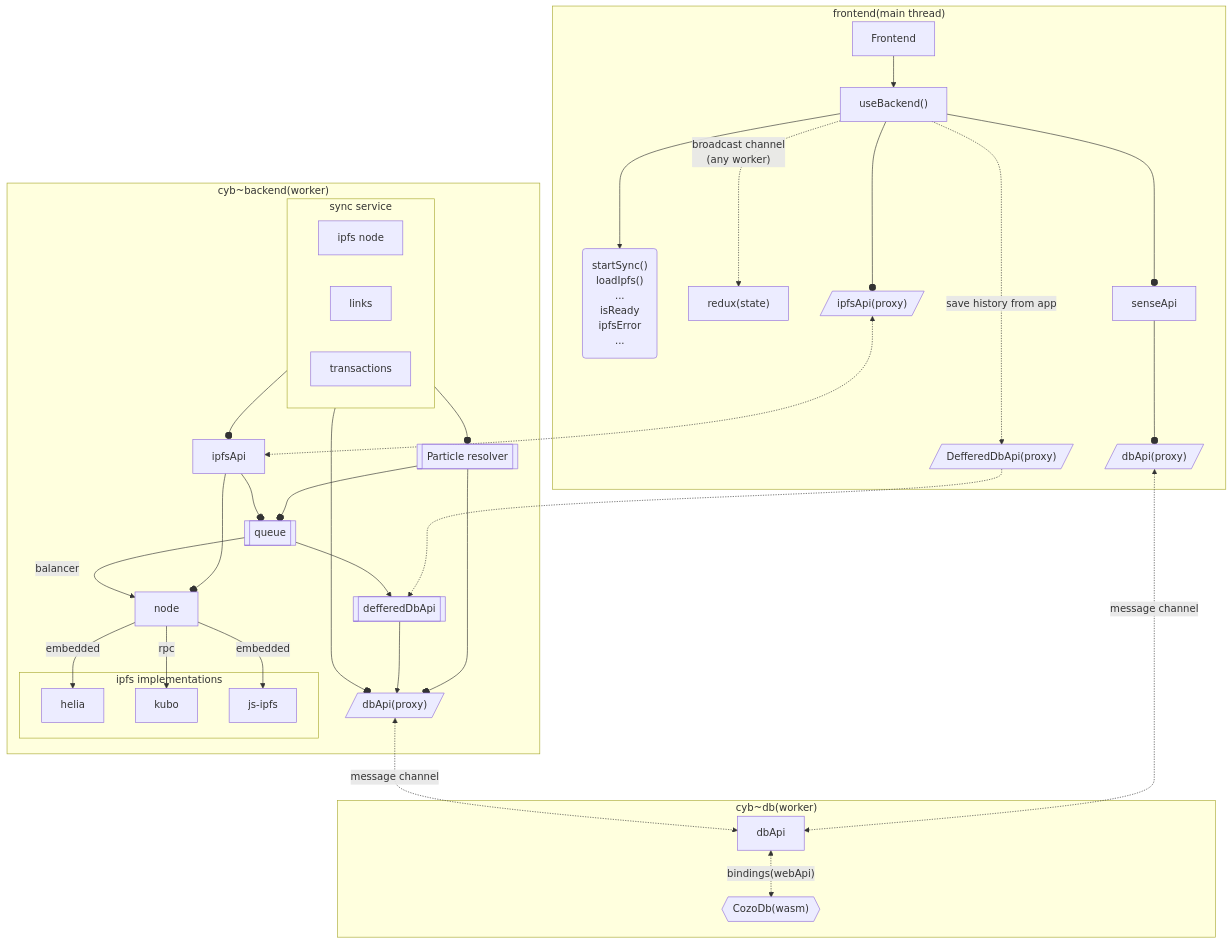
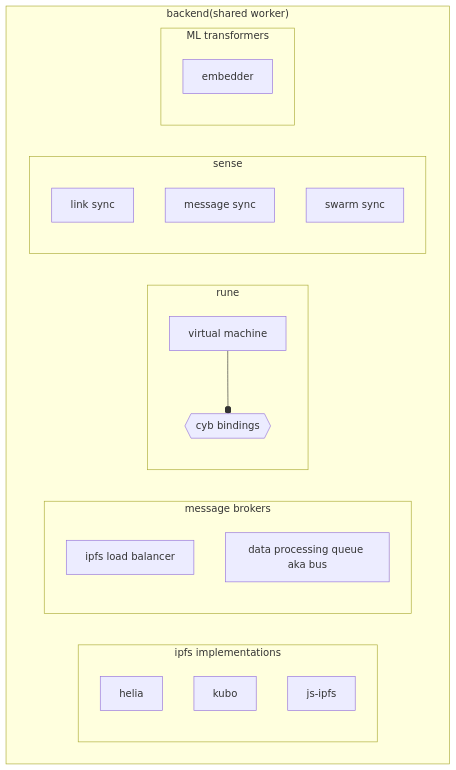
One commit to cybercongress/cyb-ts changed the third of 7 diagrams in docs/backend.md. Above: the diagram before and after it, drawn with Mermaid. The commit also changed other lines of this file and 8 other files, not shown here.

````diff
--- a/docs/backend.md
+++ b/docs/backend.md
@@ -5,49 +52,31 @@
 ```mermaid
 graph TD;
+    subgraph Backend["backend(shared worker)"]
 
-    subgraph frontend["frontend(main thread)"]
-        App["Frontend"]-->Hook["useBackend()"];
-        Hook-->methods("startSync()\nloadIpfs()\n...\nisReady\nipfsError\n...");
-        Hook-.broadcast channel\n(any worker).->reducer["redux(state)"]
-        Hook-.save history from app.->defferedDbApiFront[/"DefferedDbApi(proxy)"/]
-        Hook--osenseApi["senseApi"];
-        Hook--oipfsApiFront[/"ipfsApi(proxy)"/];
-        senseApi--odbApi[/"dbApi(proxy)"/];
-    end
-
-    dbApi<-.message channel.->dbWorker["dbApi"];
-    subgraph dbWorkerGraph["cyb~db(worker)"]
-        dbWorker<-.bindings(webApi).->cozodb{{"CozoDb(wasm)"}}
-    end
-
-    defferedDbApiFront-.->defferedDbApi;
-    ipfsApiFront<-.->ipfsApi;
-    subgraph backgroundWorker["cyb~backend(worker)"]
-        subgraph sync["sync service"]
-            ipfsNode["ipfs node"];
-            links;
-            transactions;
-        end
-        sync--oparticleResolver[["Particle resolver"]]
-        particleResolver--oqueue;
-        particleResolver--odbProxyWorker;
-        sync--oipfsApi;
-        sync--odbProxyWorker[/"dbApi(proxy)"/];
-        defferedDbApi[["defferedDbApi"]]-->dbProxyWorker;
-        queue-->defferedDbApi;
-        ipfsApi--oqueue[["queue"]];
-        ipfsApi--onode["node"];
-        queue--balancer-->node;
-        node--embedded-->helia;
-        node--rpc-->kubo;
-        node--embedded-->js-ipfs;
         subgraph ipfs["ipfs implementations"]
             helia;
             kubo;
             js-ipfs;
         end
 
-        dbProxyWorker<-.message channel.->dbWorker
+        subgraph queues["message brokers"]
+            ipfs_queue["ipfs load balancer"];
+            queue["data processing queue aka bus"];
+        end
+
+        subgraph rune["rune"]
+            vm["virtual machine"]--ovm_bingen{{"cyb bindings"}};
+        end
+
+        subgraph sense["sense"]
+            link_sync["link sync"];
+            msg_sync["message sync"];
+            swarm_sync["swarm sync"];
+        end
+
+        subgraph ml["ML transformers"]
+            feature_extractor["embedder"];
+        end
+
     end
-
 ```
````
